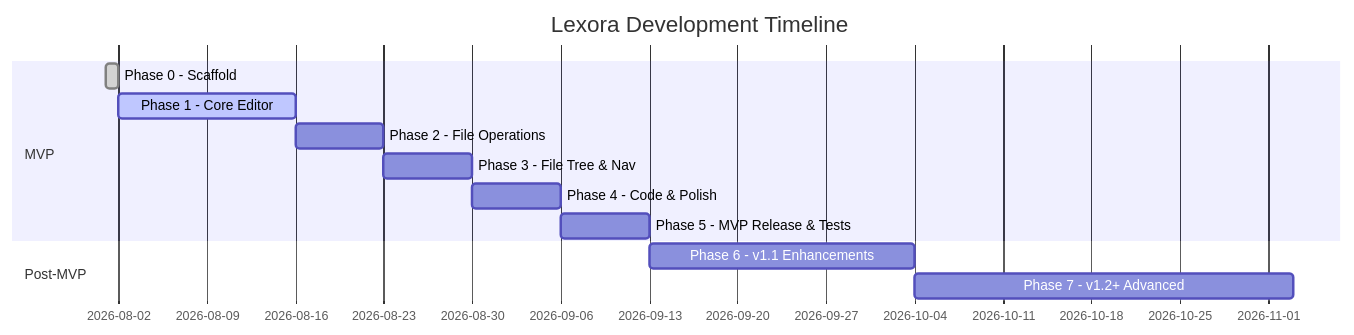
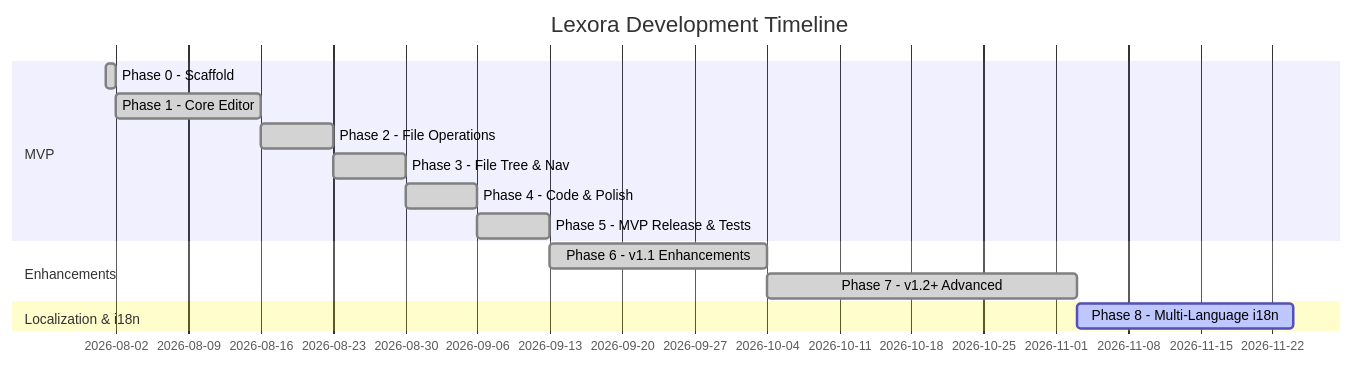
One commit to BerryUIKI/Lexora changed the diagram in docs/ROADMAP.md. Above: the diagram before and after it, drawn with Mermaid. The commit also changed other lines of this file and 12 other files, not shown here.

Commit message:
feat(ui): add VS Code-style top MenuBar, .md file associations, GitHub repository links, and i18n roadmap (#15)

````diff
--- a/docs/ROADMAP.md
+++ b/docs/ROADMAP.md
@@ -9,15 +9,17 @@
 ```mermaid
 gantt
     title Lexora Development Timeline
     dateFormat  YYYY-MM-DD
     section MVP
     Phase 0 - Scaffold             :done, p0, 2026-08-01, 1d
-    Phase 1 - Core Editor          :active, p1, after p0, 14d
-    Phase 2 - File Operations      :p2, after p1, 7d
-    Phase 3 - File Tree & Nav      :p3, after p2, 7d
-    Phase 4 - Code & Polish        :p4, after p3, 7d
-    Phase 5 - MVP Release & Tests  :p5, after p4, 7d
-    section Post-MVP
-    Phase 6 - v1.1 Enhancements    :p6, after p5, 21d
-    Phase 7 - v1.2+ Advanced       :p7, after p6, 30d
+    Phase 1 - Core Editor          :done, p1, after p0, 14d
+    Phase 2 - File Operations      :done, p2, after p1, 7d
+    Phase 3 - File Tree & Nav      :done, p3, after p2, 7d
+    Phase 4 - Code & Polish        :done, p4, after p3, 7d
+    Phase 5 - MVP Release & Tests  :done, p5, after p4, 7d
+    section Enhancements
+    Phase 6 - v1.1 Enhancements    :done, p6, after p5, 21d
+    Phase 7 - v1.2+ Advanced       :done, p7, after p6, 30d
+    section Localization & i18n
+    Phase 8 - Multi-Language i18n  :active, p8, after p7, 21d
 ```
````
